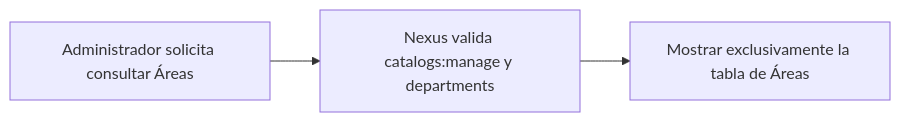
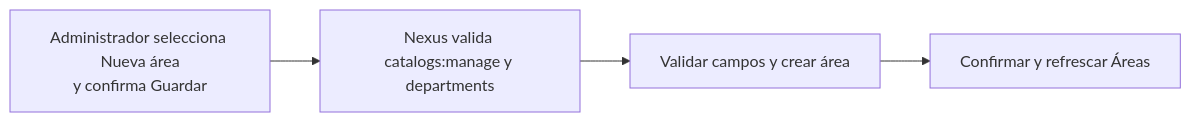
The diagram in docs/requirements/diagrams/catalogs/cu-cat-10.md (gpgsistemas01/nexus), drawn with Mermaid before and after one commit. The commit also changed other lines of this file and 167 other files, not shown here.

````diff
--- a/docs/requirements/diagrams/catalogs/cu-cat-10.md
+++ b/docs/requirements/diagrams/catalogs/cu-cat-10.md
@@ -3,5 +3,6 @@
 ```mermaid
 flowchart LR
-    request["Administrador solicita consultar Áreas"] --> authorize["Nexus valida catalogs:manage y departments"]
-    authorize --> result["Mostrar exclusivamente la tabla de Áreas"]
+    request["Administrador selecciona Nueva área<br/>y confirma Guardar"] --> authorize["Nexus valida catalogs:manage y departments"]
+    authorize --> persist["Validar campos y crear área"]
+    persist --> result["Confirmar y refrescar Áreas"]
 ```
````
